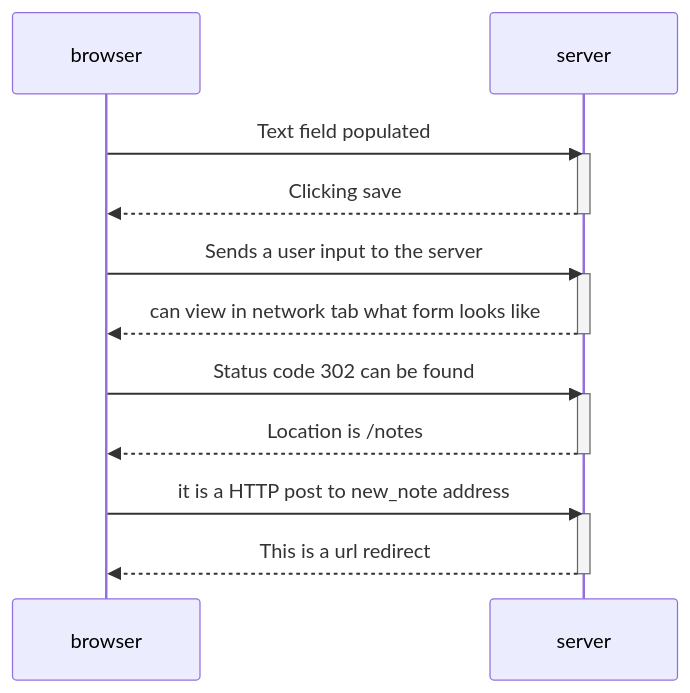
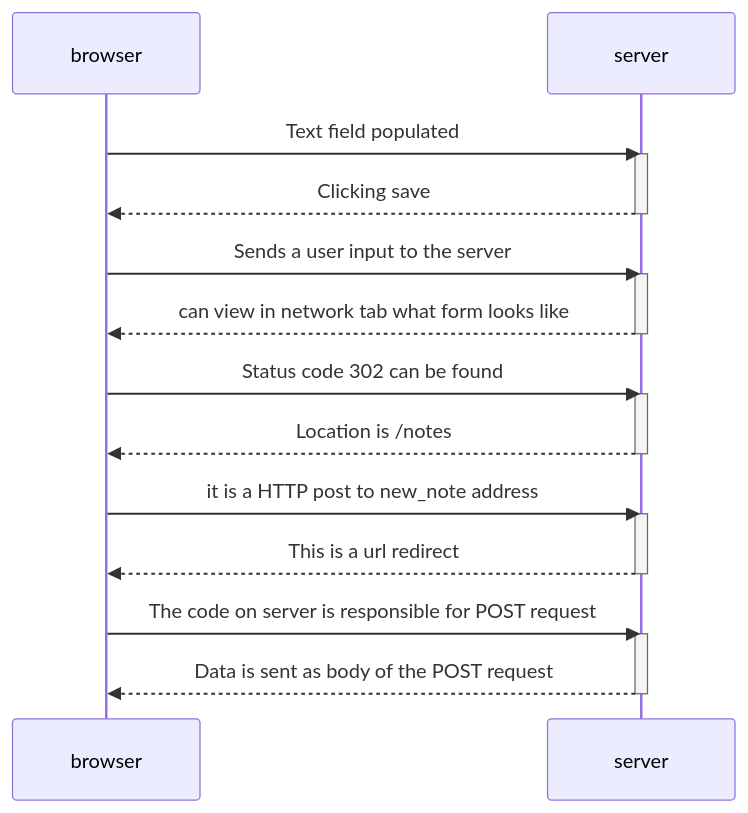
Before and after one commit to Chimix1/Projects: the diagram in new note diagram.md, drawn with Mermaid.

Commit message:
Update new note diagram.md

````diff
--- a/new note diagram.md
+++ b/new note diagram.md
@@ -1,27 +1,31 @@
 ```mermaid
 sequenceDiagram
     participant browser
     participant server
 
     browser->>server: Text field populated
     activate server
     server-->>browser: Clicking save
     deactivate server
 
     browser->>server: Sends a user input to the server
     activate server
     server-->>browser: can view in network tab what form looks like
     deactivate server
 
     browser->>server: Status code 302 can be found
     activate server
     server-->>browser: Location is /notes
     deactivate server
 
     browser->>server: it is a HTTP post to new_note address
     activate server
     server-->>browser: This is a url redirect
     deactivate server
 
-    
+    browser->>server: The code on server is responsible for POST request
+    activate server
+    server-->>browser: Data is sent as body of the POST request
+    deactivate server
+
 ```
````
